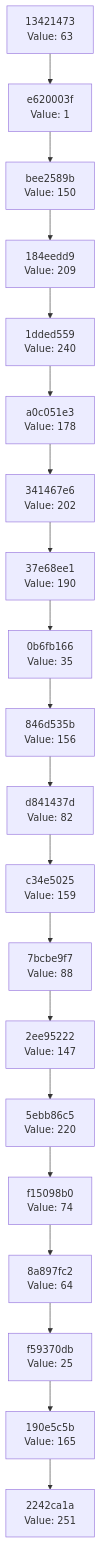
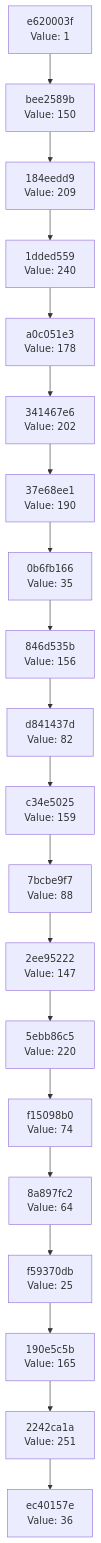
The diagram in docs/CHAIN_VISUALIZATION.md (Abhisheksinha1506/hash-chain-evolver), drawn with Mermaid before and after one commit. The commit also changed 3 other files, not shown here.

````diff
--- a/docs/CHAIN_VISUALIZATION.md
+++ b/docs/CHAIN_VISUALIZATION.md
@@ -3,42 +3,42 @@
 ```mermaid
 graph TD
-    C0["2242ca1a<br/>Value: 251"]
-    C1["190e5c5b<br/>Value: 165"]
+    C0["ec40157e<br/>Value: 36"]
+    C1["2242ca1a<br/>Value: 251"]
     C1 --> C0
-    C2["f59370db<br/>Value: 25"]
+    C2["190e5c5b<br/>Value: 165"]
     C2 --> C1
-    C3["8a897fc2<br/>Value: 64"]
+    C3["f59370db<br/>Value: 25"]
     C3 --> C2
-    C4["f15098b0<br/>Value: 74"]
+    C4["8a897fc2<br/>Value: 64"]
     C4 --> C3
-    C5["5ebb86c5<br/>Value: 220"]
+    C5["f15098b0<br/>Value: 74"]
     C5 --> C4
-    C6["2ee95222<br/>Value: 147"]
+    C6["5ebb86c5<br/>Value: 220"]
     C6 --> C5
-    C7["7bcbe9f7<br/>Value: 88"]
+    C7["2ee95222<br/>Value: 147"]
     C7 --> C6
-    C8["c34e5025<br/>Value: 159"]
+    C8["7bcbe9f7<br/>Value: 88"]
     C8 --> C7
-    C9["d841437d<br/>Value: 82"]
+    C9["c34e5025<br/>Value: 159"]
     C9 --> C8
-    C10["846d535b<br/>Value: 156"]
+    C10["d841437d<br/>Value: 82"]
     C10 --> C9
-    C11["0b6fb166<br/>Value: 35"]
+    C11["846d535b<br/>Value: 156"]
     C11 --> C10
-    C12["37e68ee1<br/>Value: 190"]
+    C12["0b6fb166<br/>Value: 35"]
     C12 --> C11
-    C13["341467e6<br/>Value: 202"]
+    C13["37e68ee1<br/>Value: 190"]
     C13 --> C12
-    C14["a0c051e3<br/>Value: 178"]
+    C14["341467e6<br/>Value: 202"]
     C14 --> C13
-    C15["1dded559<br/>Value: 240"]
+    C15["a0c051e3<br/>Value: 178"]
     C15 --> C14
-    C16["184eedd9<br/>Value: 209"]
+    C16["1dded559<br/>Value: 240"]
     C16 --> C15
-    C17["bee2589b<br/>Value: 150"]
+    C17["184eedd9<br/>Value: 209"]
     C17 --> C16
-    C18["e620003f<br/>Value: 1"]
+    C18["bee2589b<br/>Value: 150"]
     C18 --> C17
-    C19["13421473<br/>Value: 63"]
+    C19["e620003f<br/>Value: 1"]
     C19 --> C18
 ```
````
